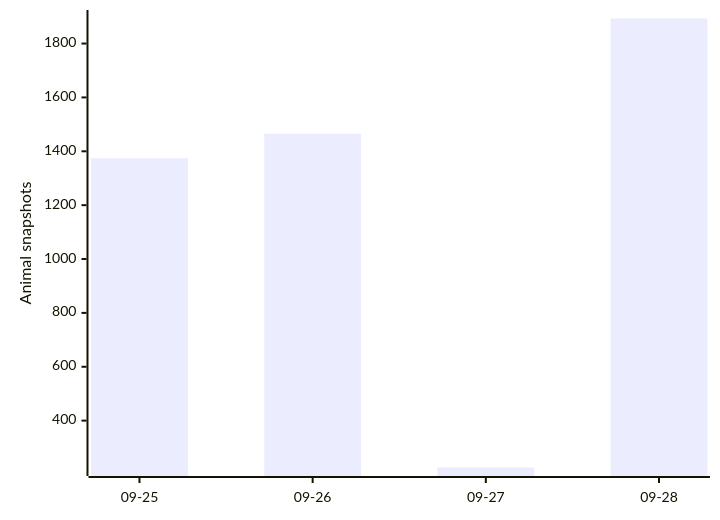
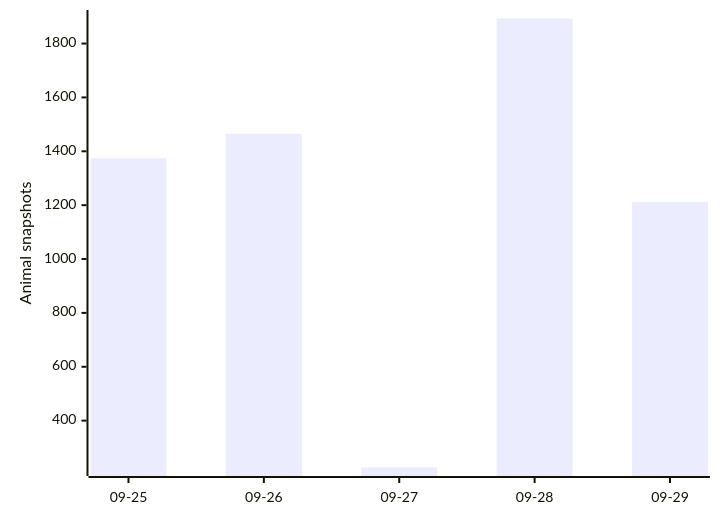
Before and after one commit to joshuafrommeyer-35/PierTracker: the first of 3 diagrams in README.md, drawn with Mermaid. The commit also changed other lines of this file and 8 other files, not shown here.

````diff
--- a/README.md
+++ b/README.md
@@ -114,6 +117,6 @@
 ```mermaid
 xychart-beta
-    x-axis ["09-25", "09-26", "09-27", "09-28"]
+    x-axis ["09-25", "09-26", "09-27", "09-28", "09-29"]
     y-axis "Animal snapshots"
-    bar [1374, 1465, 226, 1893]
+    bar [1374, 1465, 226, 1893, 1212]
 ```
````
